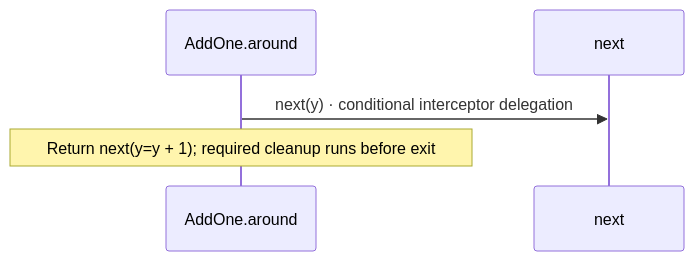
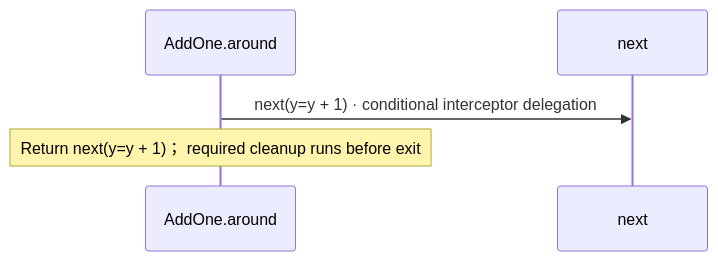
The fifth of 5 diagrams in docs/examples/interceptors/interceptors-diagrams.md (GreenPandaStudios/augscript), drawn with Mermaid before and after one commit. The commit also changed other lines of this file and 524 other files, not shown here.

Commit message:
Explain checked data flow at folder and service levels

````diff
--- a/docs/examples/interceptors/interceptors-diagrams.md
+++ b/docs/examples/interceptors/interceptors-diagrams.md
@@ -105,7 +101,7 @@
 ```mermaid
 sequenceDiagram
     participant p0 as AddOne.around
     participant p1 as next
-    p0->>p1: next(y) · conditional interceptor delegation
-    Note over p0: Return next(y=y + 1)#59; required cleanup runs before exit
+    p0->>p1: next(y=y + 1) · conditional interceptor delegation
+    Note over p0: Return next(y=y + 1)； required cleanup runs before exit
 ```
````
